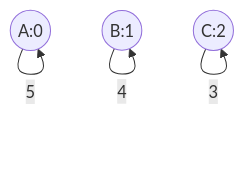
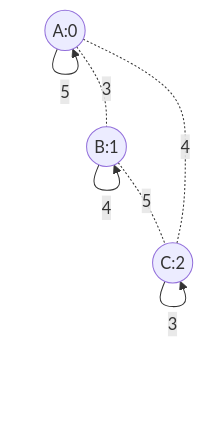
The diagram in Resources/TestMaps/three_rooms_three_loops.md (randomfunkstyle/randomfun2025swift), drawn with Mermaid before and after one commit. The commit also changed 8 other files, not shown here.

````diff
--- a/Resources/TestMaps/three_rooms_three_loops.md
+++ b/Resources/TestMaps/three_rooms_three_loops.md
@@ -3,19 +3,23 @@
 ```mermaid
 graph TD
     A((A:0))
     B((B:1))
     C((C:2))
+
+    A -.3.- B
+    A -.4.- C
+    B -.5.- C
 
     A --0--> A
     A --1--> A
     A --2--> A
     A --5--> A
     B --0--> B
     B --1--> B
     B --2--> B
     B --4--> B
     C --0--> C
     C --1--> C
     C --2--> C
     C --3--> C
 ```
````
